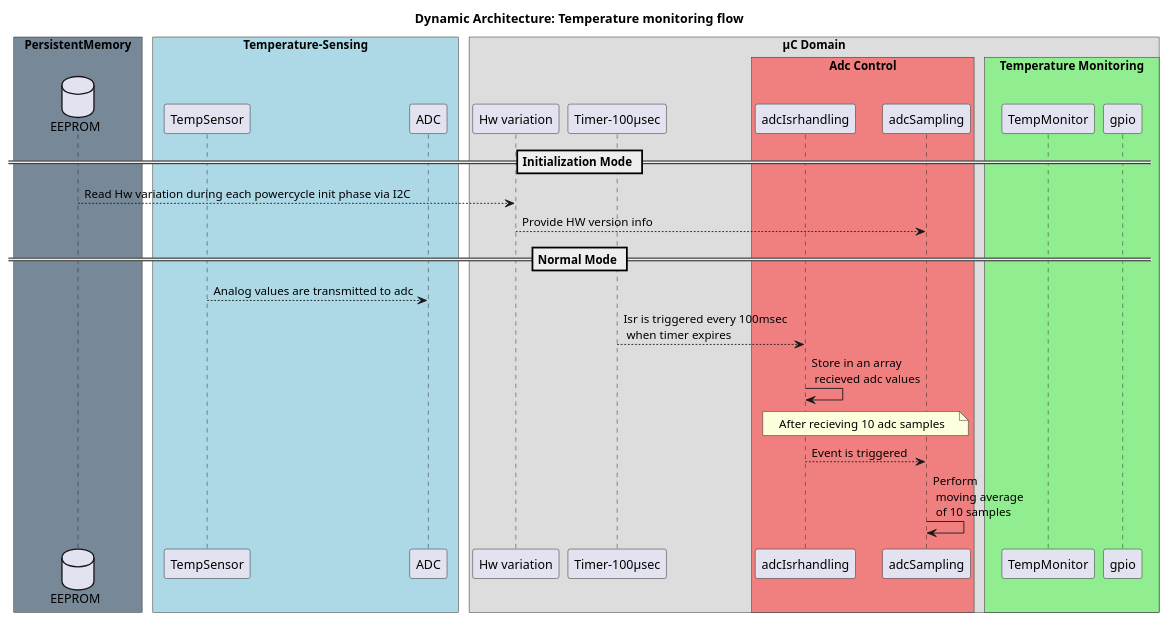
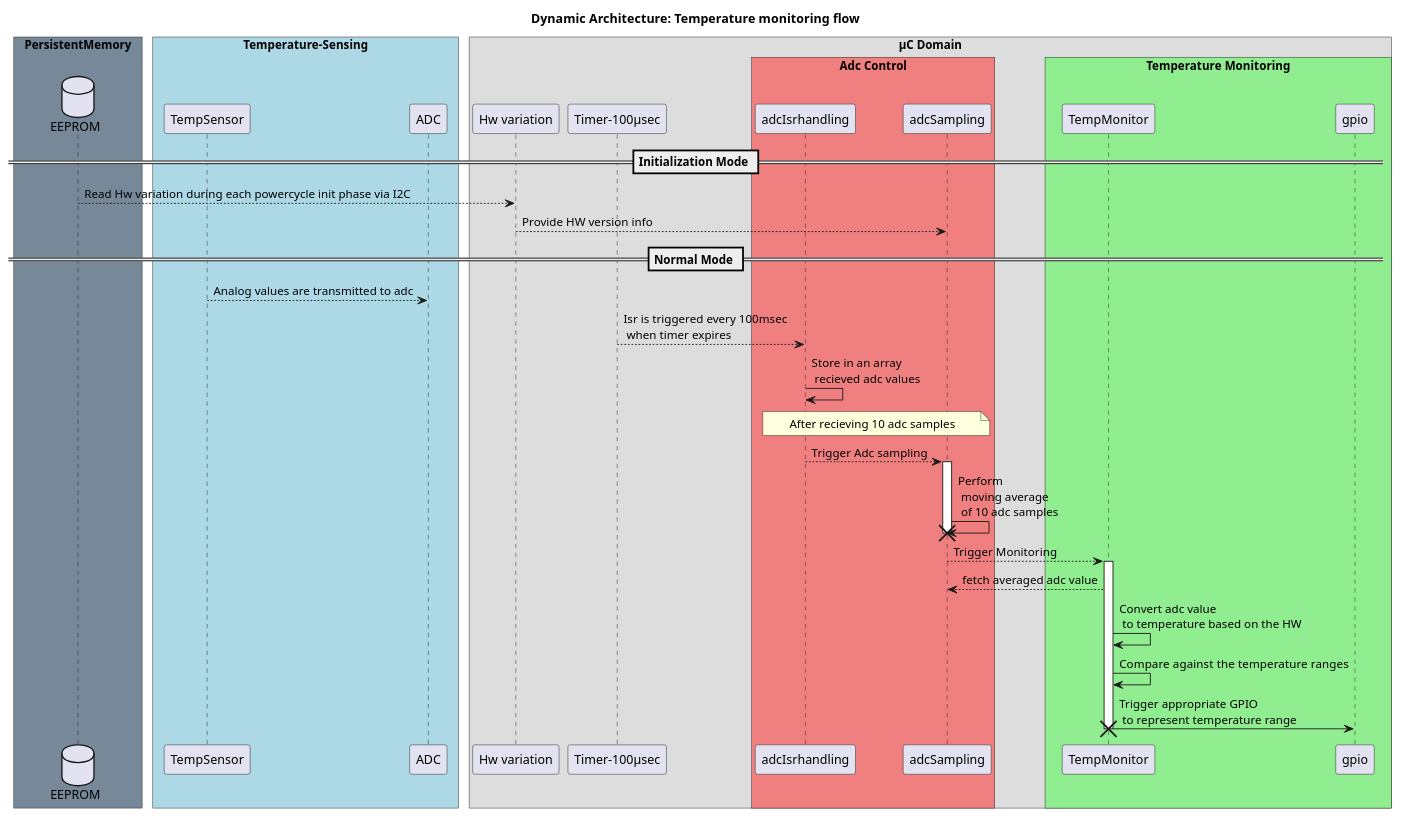
The diagram in arch/Dynamicarch.puml (pru8889/TempMonitoring_Project), drawn with PlantUML before and after one commit. The commit also changed 1 other file, not shown here.

```diff
--- a/arch/Dynamicarch.puml
+++ b/arch/Dynamicarch.puml
@@ -1,43 +1,52 @@
 @startuml name Dynamic
 title Dynamic Architecture: Temperature monitoring flow
 
 box "PersistentMemory" #LightSlateGray
     database "EEPROM" as ee
 end box
 
 box "Temperature-Sensing" #LightBlue
 participant "TempSensor" as Ts 
 participant "ADC" as adc
 end box
 
 !pragma teoz true
 box "µC Domain"
     participant "Hw variation" as hw
     participant "Timer-100µsec" as int
     box "Adc Control" #LightCoral
         participant "adcIsrhandling" as Isr
         participant "adcSampling" as sample
     end box  
 
 
     box "Temperature Monitoring" #LightGreen
         participant "TempMonitor" as tm
         participant "gpio" as gp
     end box
 end box    
 
 
 
 == Initialization Mode ==
 ee --> hw: Read Hw variation during each powercycle init phase via I2C
 hw --> sample: Provide HW version info
 == Normal Mode ==
 Ts --> adc: Analog values are transmitted to adc
 int --> Isr: Isr is triggered every 100msec \n when timer expires 
 Isr -> Isr: Store in an array \n recieved adc values
 note over Isr, sample
 After recieving 10 adc samples
 end note
-Isr --> sample: Event is triggered
-sample -> sample: Perform \n moving average \n of 10 samples 
+Isr --> sample: Trigger Adc sampling
+activate sample
+sample -> sample: Perform \n moving average \n of 10 adc samples
+destroy sample
+sample --> tm: Trigger Monitoring
+activate tm
+tm --> sample: fetch averaged adc value
+tm -> tm : Convert adc value \n to temperature based on the HW
+tm -> tm : Compare against the  temperature ranges 
+tm -> gp: Trigger appropriate GPIO \n to represent temperature range
+destroy tm
 @enduml
```
